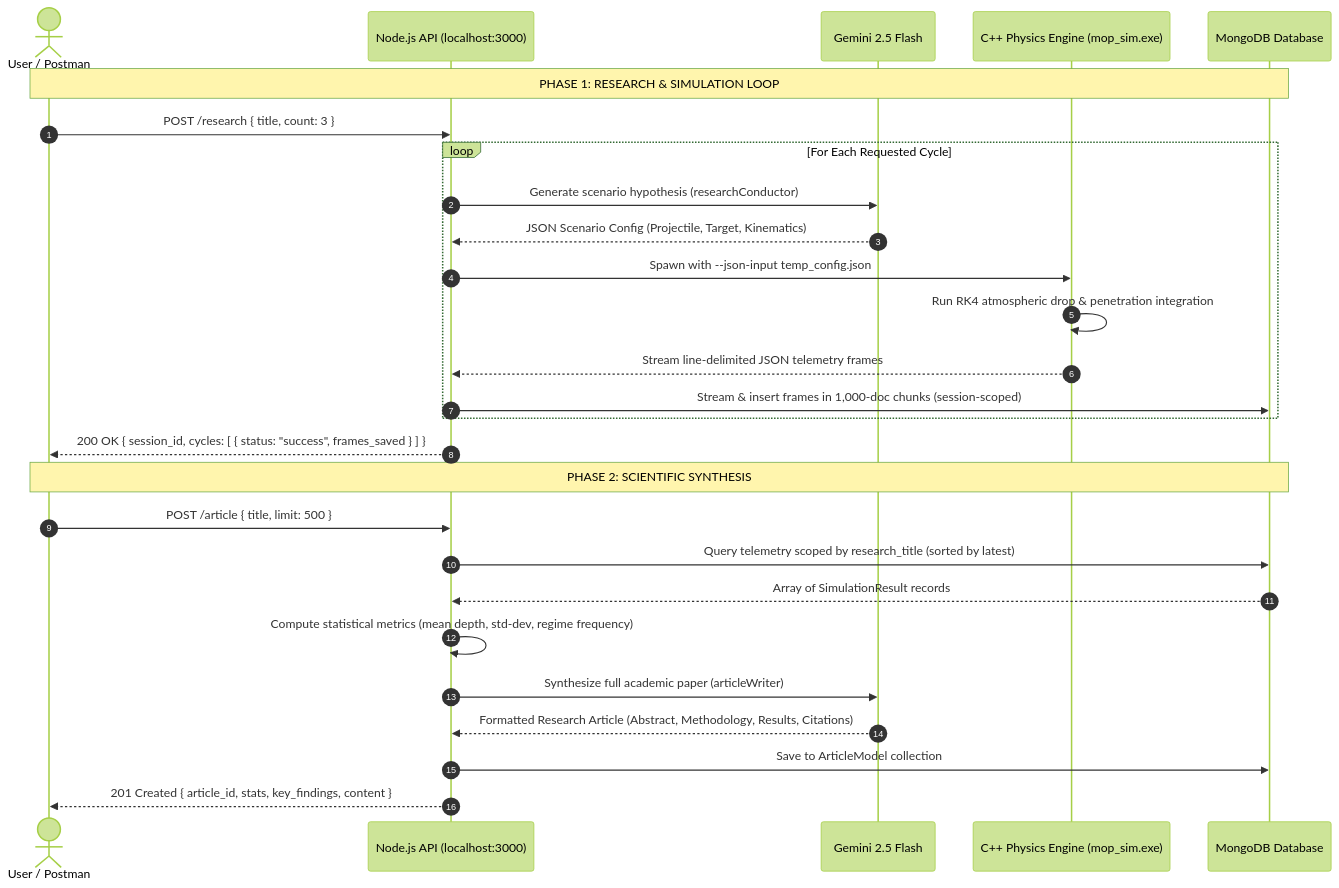
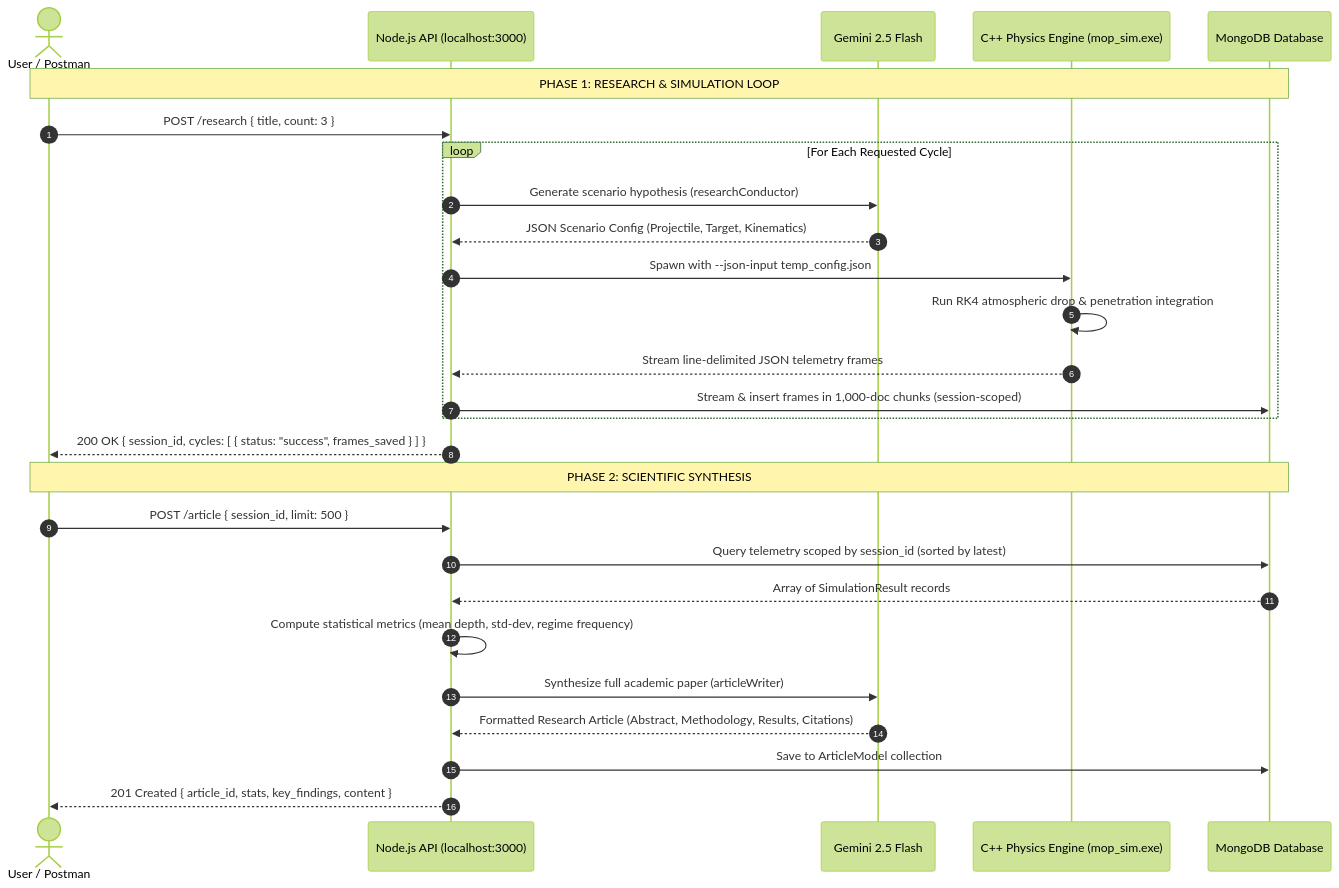
Before and after one commit to omid2007hope/MOP-Simulator: the second of 2 diagrams in README.md, drawn with Mermaid (forest theme). The commit also changed other lines of this file, not shown here.

Commit message:
docs: update POST /article documentation to replace title with session_id in payload

````diff
--- a/README.md
+++ b/README.md
@@ -82,31 +82,31 @@
 ```mermaid
 sequenceDiagram
     autonumber
     actor User as User / Postman
     participant API as Node.js API (localhost:3000)
     participant AI as Gemini 2.5 Flash
     participant CPP as C++ Physics Engine (mop_sim.exe)
     participant DB as MongoDB Database
 
     Note over User, DB: PHASE 1: RESEARCH & SIMULATION LOOP
     User->>API: POST /research { title, count: 3 }
     loop For Each Requested Cycle
         API->>AI: Generate scenario hypothesis (researchConductor)
         AI-->>API: JSON Scenario Config (Projectile, Target, Kinematics)
         API->>CPP: Spawn with --json-input temp_config.json
         CPP->>CPP: Run RK4 atmospheric drop & penetration integration
         CPP-->>API: Stream line-delimited JSON telemetry frames
         API->>DB: Stream & insert frames in 1,000-doc chunks (session-scoped)
     end
     API-->>User: 200 OK { session_id, cycles: [ { status: "success", frames_saved } ] }
 
     Note over User, DB: PHASE 2: SCIENTIFIC SYNTHESIS
-    User->>API: POST /article { title, limit: 500 }
-    API->>DB: Query telemetry scoped by research_title (sorted by latest)
+    User->>API: POST /article { session_id, limit: 500 }
+    API->>DB: Query telemetry scoped by session_id (sorted by latest)
     DB-->>API: Array of SimulationResult records
     API->>API: Compute statistical metrics (mean depth, std-dev, regime frequency)
     API->>AI: Synthesize full academic paper (articleWriter)
     AI-->>API: Formatted Research Article (Abstract, Methodology, Results, Citations)
     API->>DB: Save to ArticleModel collection
     API-->>User: 201 Created { article_id, stats, key_findings, content }
 ```
````
